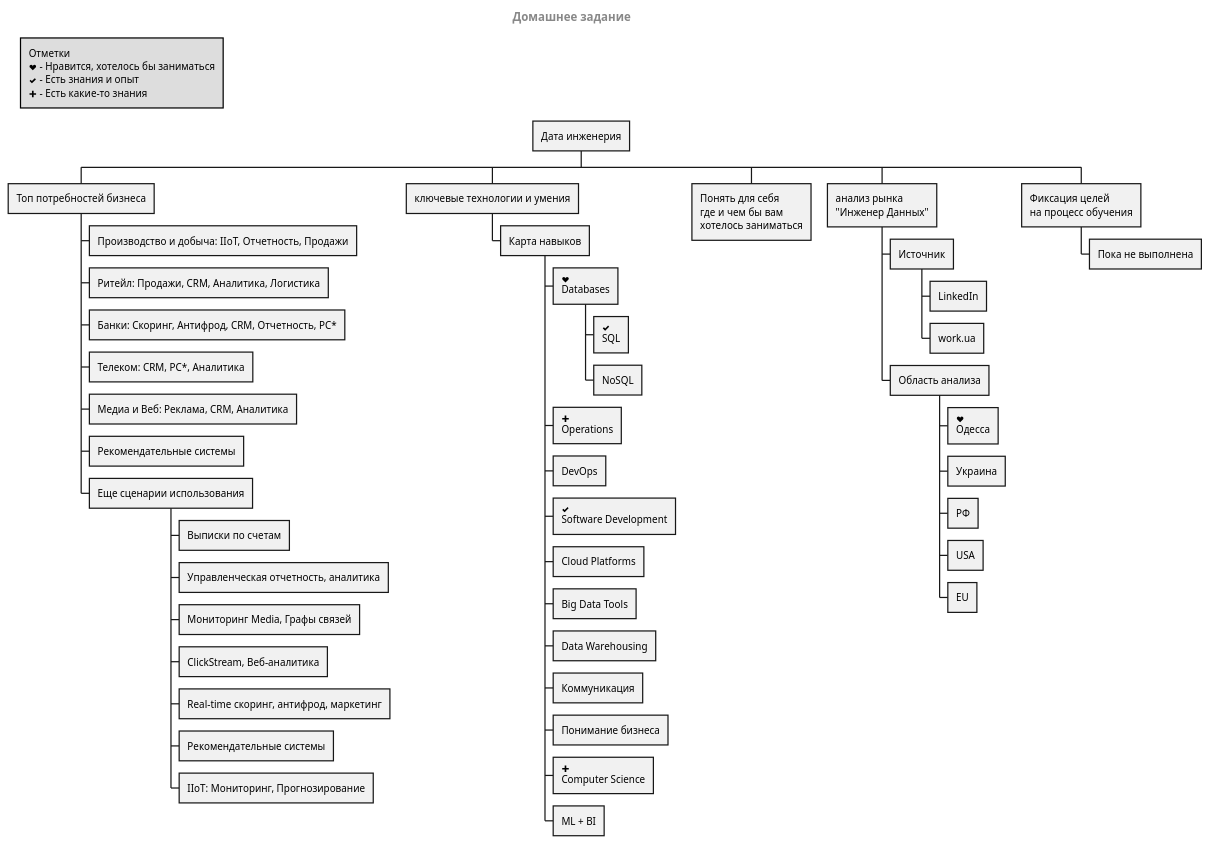
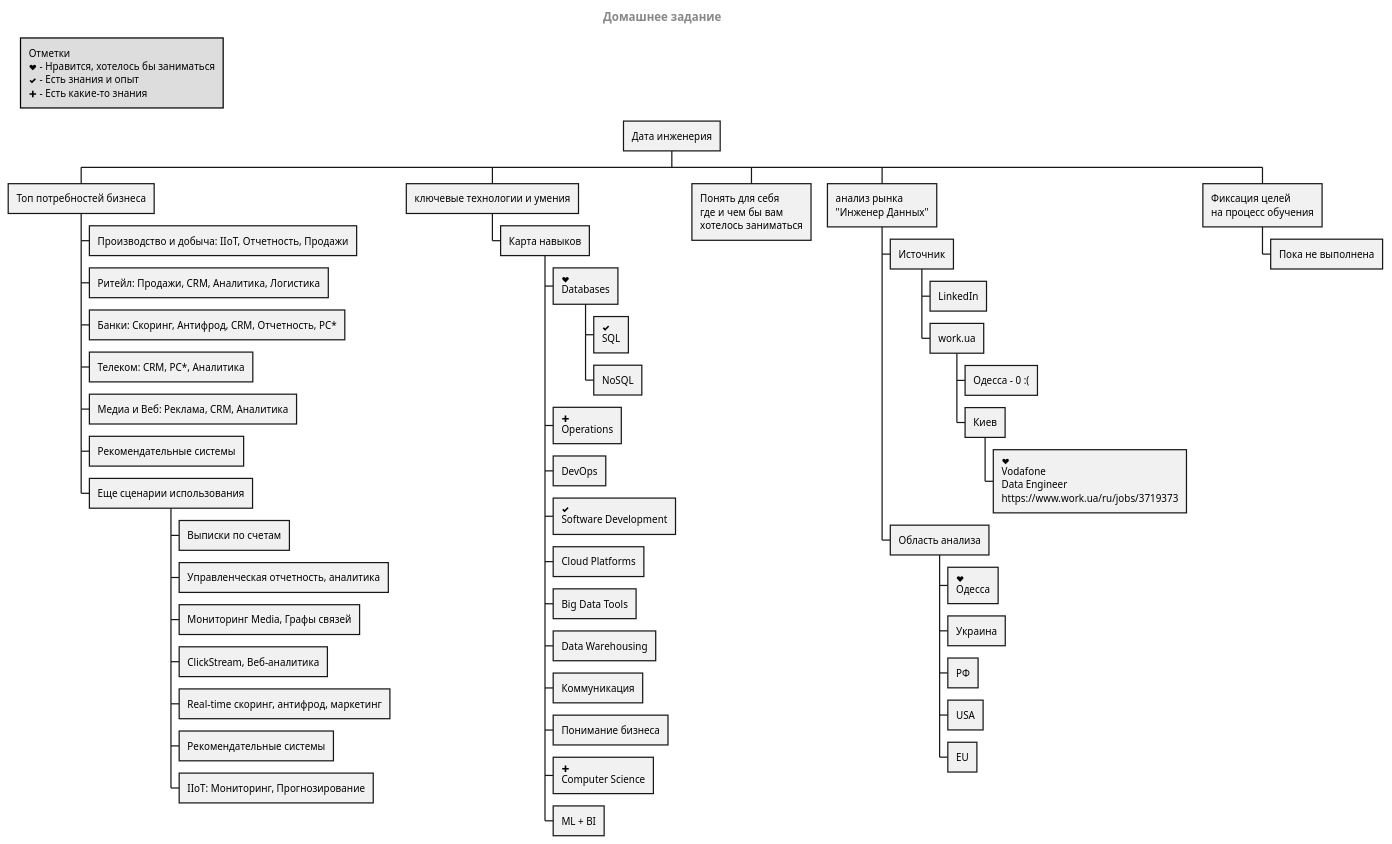
One commit to tol2000/dataengineerclub changed the diagram in home_exercises/ex1/diagram1.puml. Above: the diagram before and after it, drawn with PlantUML.

```diff
--- a/home_exercises/ex1/diagram1.puml
+++ b/home_exercises/ex1/diagram1.puml
@@ -1,66 +1,69 @@
 @startwbs
 
 centerheader
 = Домашнее задание
 endheader
 
 legend top left
 Отметки
 <&heart> - Нравится, хотелось бы заниматься
 <&check> - Есть знания и опыт
 <&plus> - Есть какие-то знания
 endlegend
 
 * Дата инженерия
 
 ** Топ потребностей бизнеса
 *** Производство и добыча: IIoT, Отчетность, Продажи
 *** Ритейл: Продажи, CRM, Аналитика, Логистика
 *** Банки: Скоринг, Антифрод, CRM, Отчетность, РС*
 *** Телеком: CRM, РС*, Аналитика
 *** Медиа и Веб: Реклама, CRM, Аналитика
 *** Рекомендательные системы
 *** Еще сценарии использования
 **** Выписки по счетам
 **** Управленческая отчетность, аналитика
 **** Мониторинг Media, Графы связей
 **** ClickStream, Веб-аналитика
 **** Real-time скоринг, антифрод, маркетинг
 **** Рекомендательные системы
 **** IIoT: Мониторинг, Прогнозирование
 
 
 ** ключевые технологии и умения
 *** Карта навыков
 **** <&heart>\nDatabases
 ***** <&check>\nSQL
 ***** NoSQL
 **** <&plus>\nOperations
 **** DevOps
 **** <&check>\nSoftware Development
 **** Cloud Platforms
 **** Big Data Tools
 **** Data Warehousing
 **** Коммуникация
 **** Понимание бизнеса
 **** <&plus>\nComputer Science
 **** ML + BI
 
 
 ** Понять для себя\nгде и чем бы вам\nхотелось заниматься
 
 ** анализ рынка\n"Инженер Данных"
 *** Источник
 **** LinkedIn
 **** work.ua
+***** Одесса - 0 :(
+***** Киев
+****** <&heart>\nVodafone\nData Engineer\nhttps://www.work.ua/ru/jobs/3719373
 *** Область анализа
 **** <&heart>\nОдесса
 **** Украина
 **** РФ
 **** USA
 **** EU
 
 ** Фиксация целей\nна процесс обучения
 *** Пока не выполнена
 
 @endwbs
```
